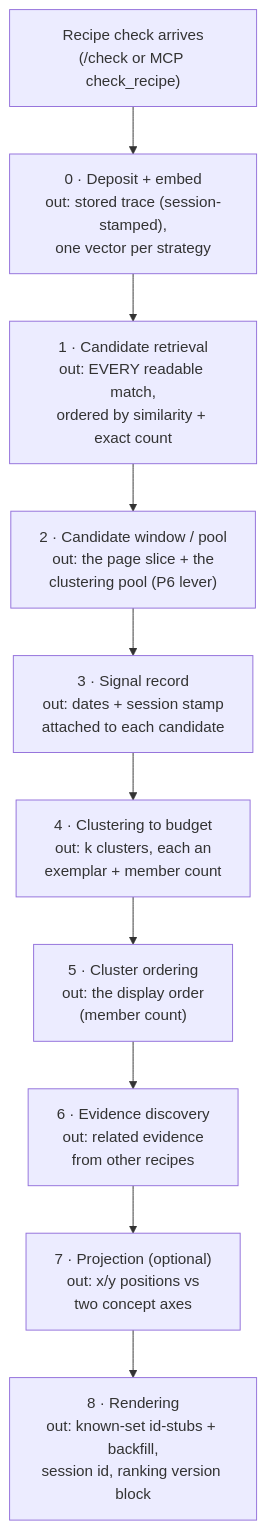
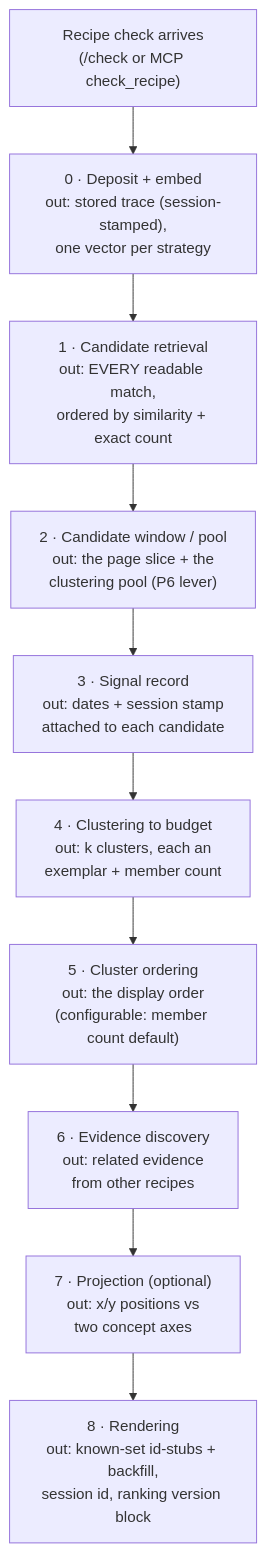
One commit to AndyForest/SoupNet changed the diagram in docs/architecture/ranking-engine.md. Above: the diagram before and after it, drawn with Mermaid. The commit also changed other lines of this file and 10 other files, not shown here.

````diff
--- a/docs/architecture/ranking-engine.md
+++ b/docs/architecture/ranking-engine.md
@@ -31,12 +31,12 @@
 ```mermaid
 flowchart TD
     A["Recipe check arrives<br/>(/check or MCP check_recipe)"] --> B["0 · Deposit + embed<br/>out: stored trace (session-stamped),<br/>one vector per strategy"]
     B --> C["1 · Candidate retrieval<br/>out: EVERY readable match,<br/>ordered by similarity + exact count"]
     C --> E["2 · Candidate window / pool<br/>out: the page slice + the<br/>clustering pool (P6 lever)"]
     E --> F["3 · Signal record<br/>out: dates + session stamp<br/>attached to each candidate"]
     F --> G["4 · Clustering to budget<br/>out: k clusters, each an<br/>exemplar + member count"]
-    G --> H["5 · Cluster ordering<br/>out: the display order<br/>(member count)"]
+    G --> H["5 · Cluster ordering<br/>out: the display order<br/>(configurable: member count default)"]
     H --> I["6 · Evidence discovery<br/>out: related evidence<br/>from other recipes"]
     I --> J["7 · Projection (optional)<br/>out: x/y positions vs<br/>two concept axes"]
     J --> K["8 · Rendering<br/>out: known-set id-stubs + backfill,<br/>session id, ranking version block"]
 ```
````
